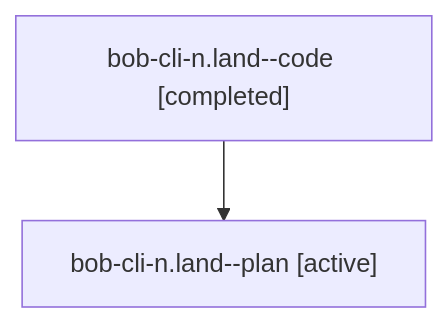
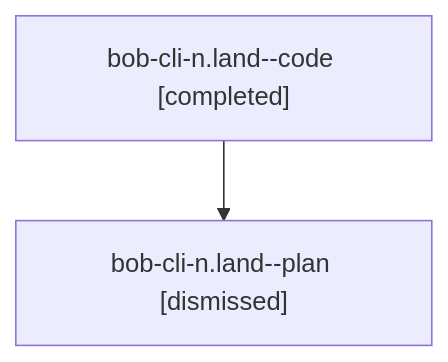
One commit to bobs-org/bob-cli--agents changed the diagram in sessions/bbugyi200.athena.bob-cli-n.land.md. Above: the diagram before and after it, drawn with Mermaid. The commit also changed other lines of this file and 67 other files, not shown here.

````diff
--- a/sessions/bbugyi200.athena.bob-cli-n.land.md
+++ b/sessions/bbugyi200.athena.bob-cli-n.land.md
@@ -9,6 +9,6 @@
 ```mermaid
 flowchart TD
   n0["bob-cli-n.land--code [completed]"]
-  n1["bob-cli-n.land--plan [active]"]
+  n1["bob-cli-n.land--plan [dismissed]"]
   n0 --> n1
 ```
````
